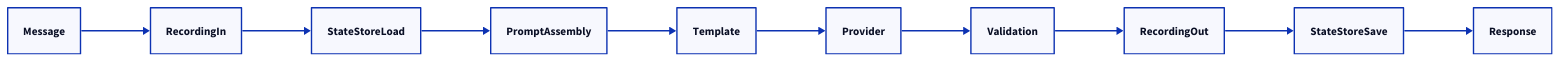
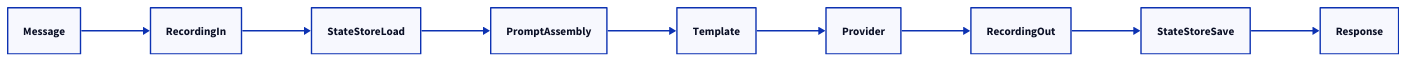
One commit to AltairaLabs/PromptKit changed the second of 4 diagrams in docs/src/content/docs/runtime/explanation/pipeline-architecture.md. Above: the diagram before and after it, drawn with D2. The commit also changed other lines of this file and 11 other files, not shown here.

````diff
--- a/docs/src/content/docs/runtime/explanation/pipeline-architecture.md
+++ b/docs/src/content/docs/runtime/explanation/pipeline-architecture.md
@@ -176,4 +176,4 @@
 ```d2
 direction: right
-Message -> RecordingIn -> StateStoreLoad -> PromptAssembly -> Template -> Provider -> Validation -> RecordingOut -> StateStoreSave -> Response
+Message -> RecordingIn -> StateStoreLoad -> PromptAssembly -> Template -> Provider -> RecordingOut -> StateStoreSave -> Response
 ```
````
